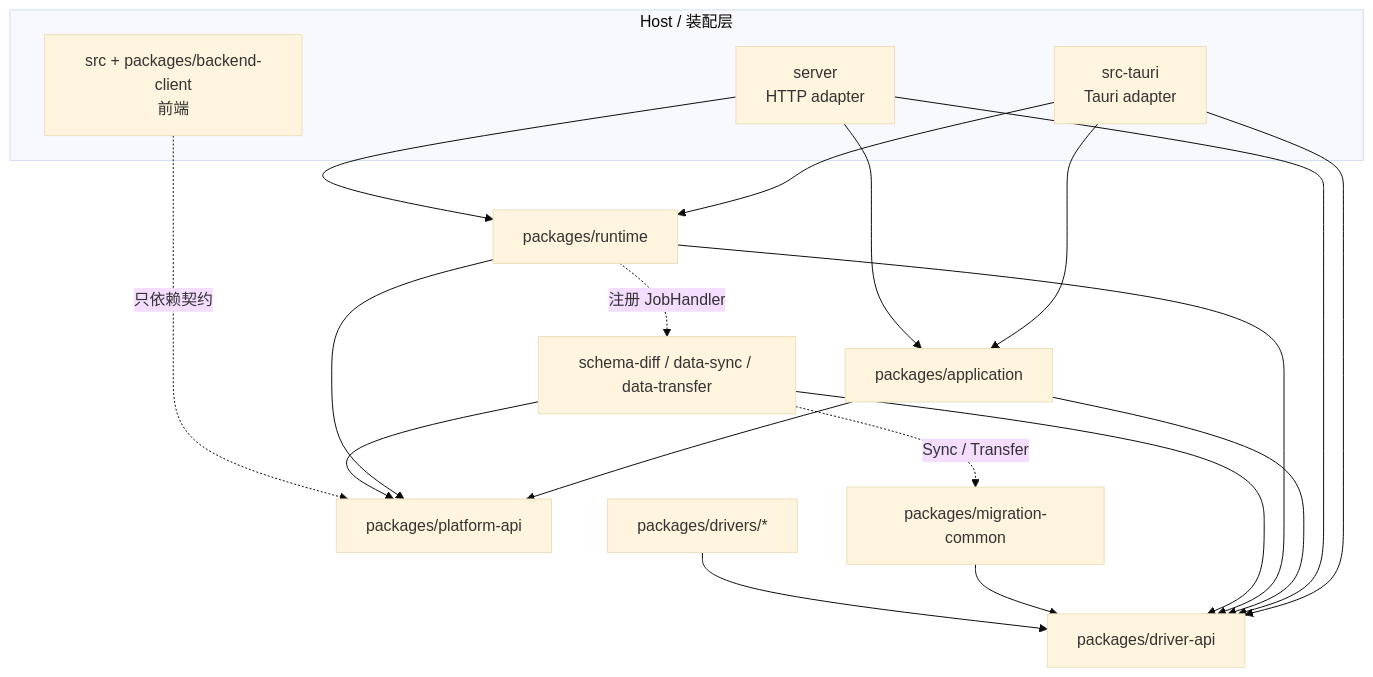
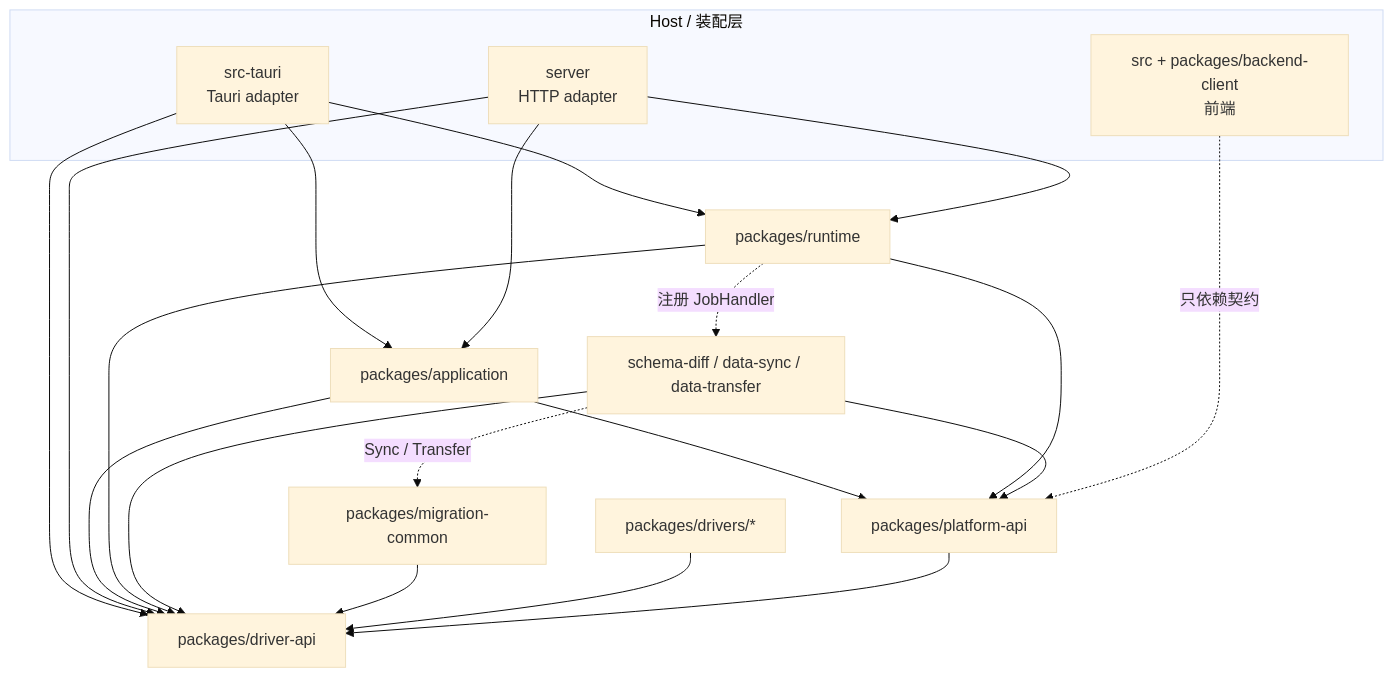
Before and after one commit to flyxl/datazen: the first of 4 diagrams in docs/architecture/platform/shared-boundaries-and-ports.md, drawn with Mermaid (base theme). The commit also changed other lines of this file and 35 other files, not shown here.

````diff
--- a/docs/architecture/platform/shared-boundaries-and-ports.md
+++ b/docs/architecture/platform/shared-boundaries-and-ports.md
@@ -111,33 +111,34 @@
 ```mermaid
 flowchart TD
     subgraph host[Host / 装配层]
         TA[src-tauri<br/>Tauri adapter]
         SRV[server<br/>HTTP adapter]
         FE[src + packages/backend-client<br/>前端]
     end
     APP[packages/application]
     RT[packages/runtime]
     PA[packages/platform-api]
     DAPI[packages/driver-api]
     DOM[schema-diff / data-sync / data-transfer]
     MC[packages/migration-common]
     DRV[packages/drivers/*]
 
     TA --> APP
     TA --> RT
     TA --> DAPI
     SRV --> APP
     SRV --> RT
     SRV --> DAPI
     APP --> PA
     APP --> DAPI
     RT --> PA
     RT --> DAPI
     RT -.注册 JobHandler.-> DOM
     DOM --> PA
     DOM --> DAPI
     DOM -.Sync / Transfer.-> MC
     MC --> DAPI
     DRV --> DAPI
+    PA --> DAPI
     FE -.只依赖契约.-> PA
 ```
````
